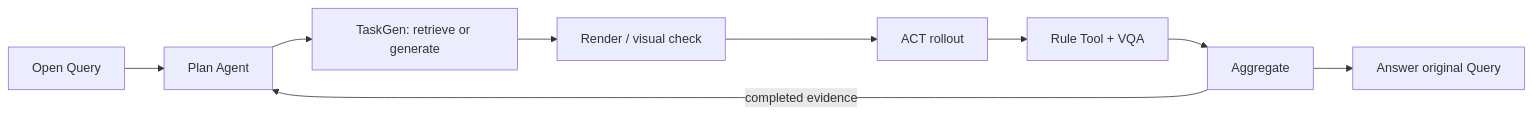
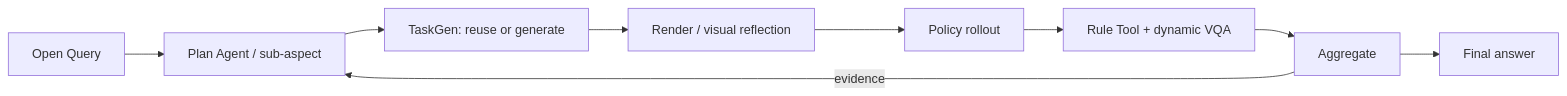
The diagram in docs/evidence/current/README.md (Yutenji-Nyamu/mea), drawn with Mermaid before and after one commit. The commit also changed other lines of this file and 177 other files, not shown here.

````diff
--- a/docs/evidence/current/README.md
+++ b/docs/evidence/current/README.md
@@ -42,11 +39,11 @@
 ```mermaid
 flowchart LR
-  Q["Open Query"] --> P["Plan Agent"]
-  P --> T["TaskGen: retrieve or generate"]
-  T --> R["Render / visual check"]
-  R --> E["ACT rollout"]
-  E --> V["Rule Tool + VQA"]
+  Q["Open Query"] --> P["Plan Agent / sub-aspect"]
+  P --> T["TaskGen: reuse or generate"]
+  T --> I["Render / visual reflection"]
+  I --> E["Policy rollout"]
+  E --> V["Rule Tool + dynamic VQA"]
   V --> A["Aggregate"]
-  A -->|"completed evidence"| P
-  A --> F["Answer original Query"]
+  A -->|"evidence"| P
+  A --> R["Final answer"]
 ```
````
